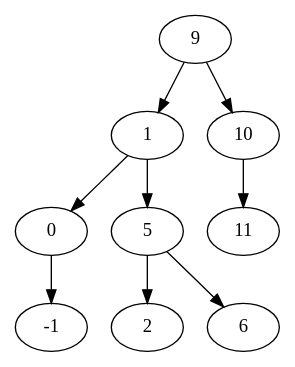
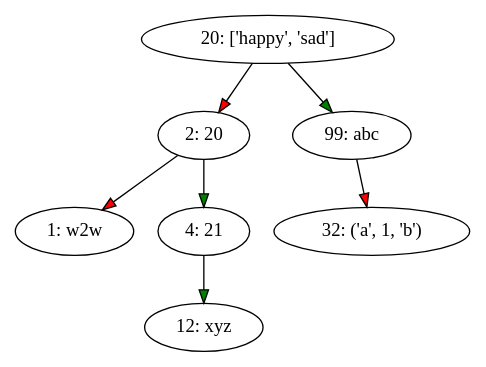
One commit to ajaypathak/BSTDictionary changed the diagram in Digraph.gv. Above: the diagram before and after it, drawn with Graphviz. The commit also changed 8 other files, not shown here.

```diff
--- a/Digraph.gv
+++ b/Digraph.gv
@@ -1,20 +1,16 @@
 // AVL Tree
 digraph {
-	9 [label=9]
-	9 -> 1
-	9 -> 10
-	1 [label=1]
-	1 -> 0
-	1 -> 5
-	0 [label=0]
-	0 -> -1
-	-1 [label=-1]
-	5 [label=5]
-	5 -> 2
-	5 -> 6
-	2 [label=2]
-	6 [label=6]
-	10 [label=10]
-	10 -> 11
-	11 [label=11]
+	20 [label="20: ['happy', 'sad']"]
+	20 -> 2 [fillcolor=red style=outline]
+	20 -> 99 [fillcolor=green style=outline]
+	2 [label="2: 20"]
+	2 -> 1 [fillcolor=red style=outline]
+	2 -> 4 [fillcolor=green style=outline]
+	1 [label="1: w2w"]
+	4 [label="4: 21"]
+	4 -> 12 [fillcolor=green style=outline]
+	12 [label="12: xyz"]
+	99 [label="99: abc"]
+	99 -> 32 [fillcolor=red style=outline]
+	32 [label="32: ('a', 1, 'b')"]
 }
```
